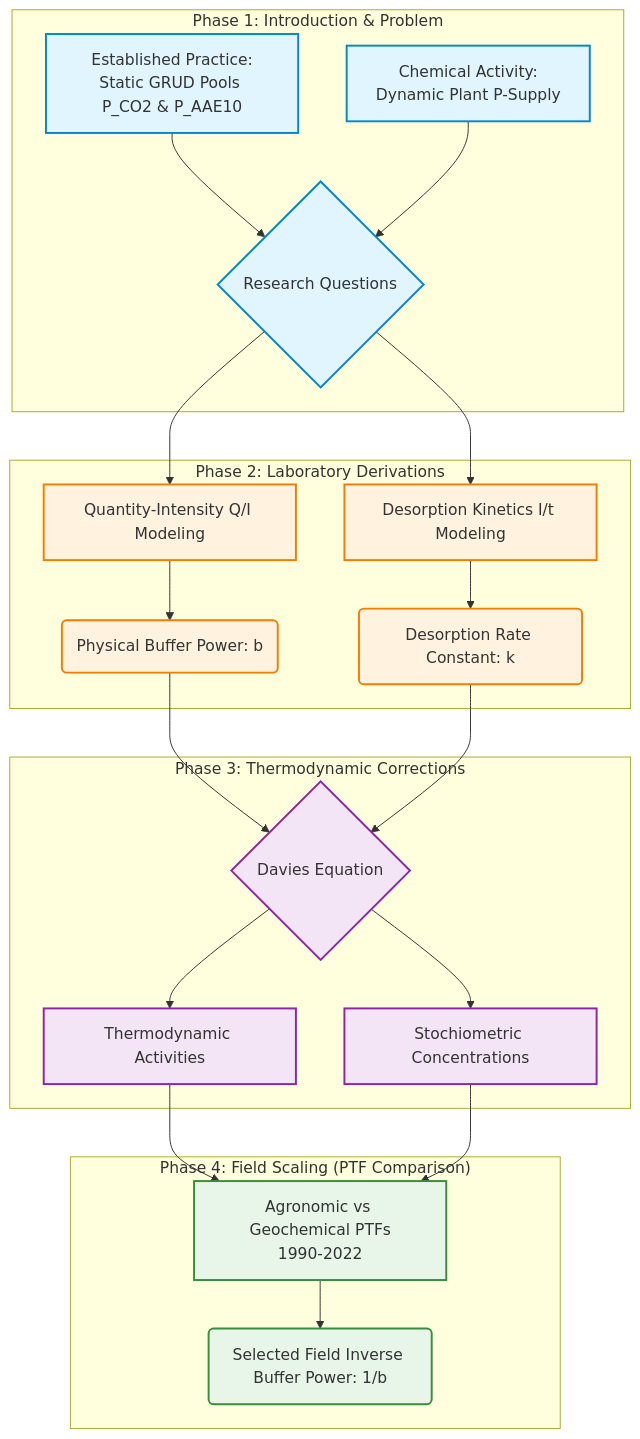
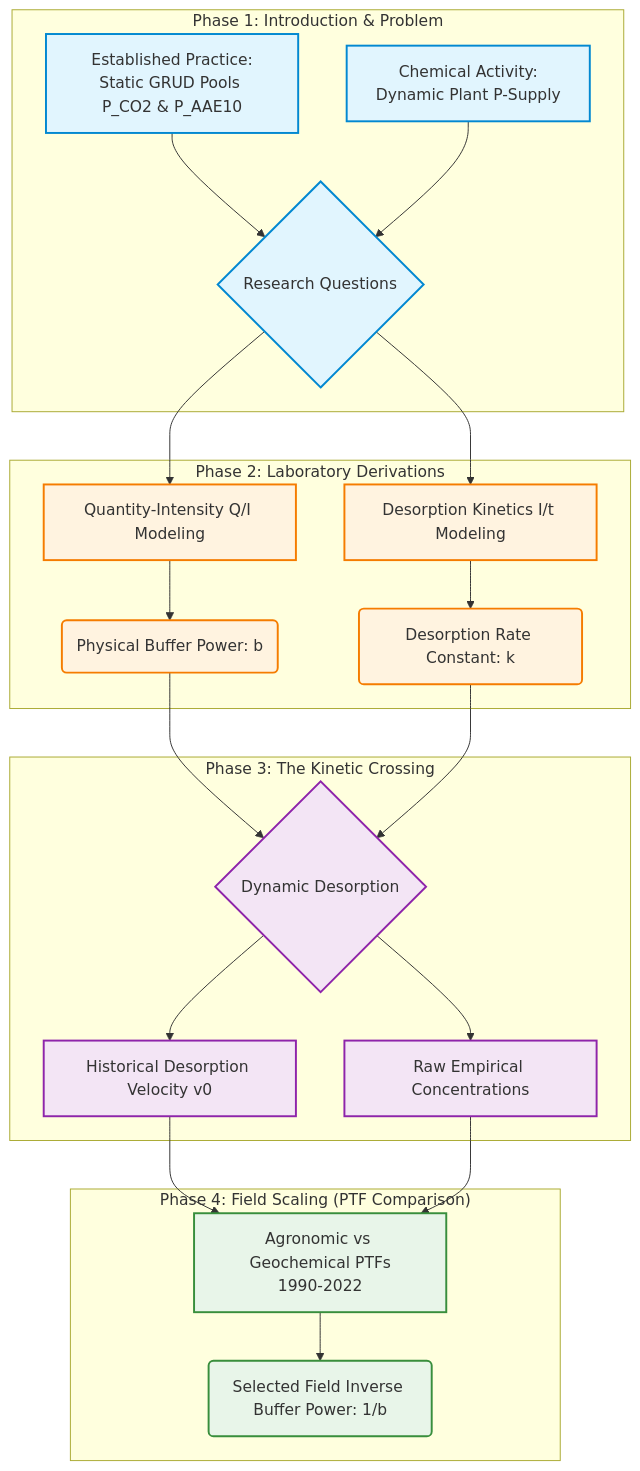
The diagram in notebooks/qi_modelling1.qmd (ptochosgeorgos/Article-P-desorption-kinetics), drawn with Mermaid before and after one commit. The commit also changed other lines of this file and 147 other files, not shown here.

````diff
--- a/notebooks/qi_modelling1.qmd
+++ b/notebooks/qi_modelling1.qmd
@@ -15,35 +15,35 @@
 ```{mermaid}
 graph TD
     classDef intro fill:#e1f5fe,stroke:#0288d1,stroke-width:2px;
     classDef lab fill:#fff3e0,stroke:#f57c00,stroke-width:2px;
     classDef thermo fill:#f3e5f5,stroke:#8e24aa,stroke-width:2px;
     classDef uptake fill:#e8f5e9,stroke:#388e3c,stroke-width:2px;
     classDef conc fill:#ffebee,stroke:#d32f2f,stroke-width:2px;
 
     subgraph Phase_1 ["Phase 1: Introduction & Problem"]
         A["Established Practice:<br>Static GRUD Pools P_CO2 & P_AAE10"]:::intro
         B["Chemical Activity:<br>Dynamic Plant P-Supply"]:::intro
         A --> C{"Research Questions"}:::intro
         B --> C
     end
 
     subgraph Phase_2 ["Phase 2: Laboratory Derivations"]
         C --> D["Quantity-Intensity Q/I Modeling"]:::lab
         C --> E["Desorption Kinetics I/t Modeling"]:::lab
         D --> F("Physical Buffer Power: b"):::lab
         E --> G("Desorption Rate Constant: k"):::lab
     end
 
-    subgraph Phase_3 ["Phase 3: Thermodynamic Corrections"]
-        F --> H{"Davies Equation"}:::thermo
+    subgraph Phase_3 ["Phase 3: The Kinetic Crossing"]
+        F --> H{Dynamic Desorption}:::thermo
         G --> H
-        H --> I["Thermodynamic Activities"]:::thermo
-        H --> J["Stochiometric Concentrations"]:::thermo
+        H --> I[Historical Desorption Velocity v0]:::thermo
+        H --> J[Raw Empirical Concentrations]:::thermo
     end
 
     subgraph Phase_4 ["Phase 4: Field Scaling (PTF Comparison)"]
         I --> K["Agronomic vs Geochemical PTFs<br>1990-2022"]:::uptake
         J --> K
         K --> L("Selected Field Inverse Buffer Power: 1/b"):::uptake
     end
 ```
````
